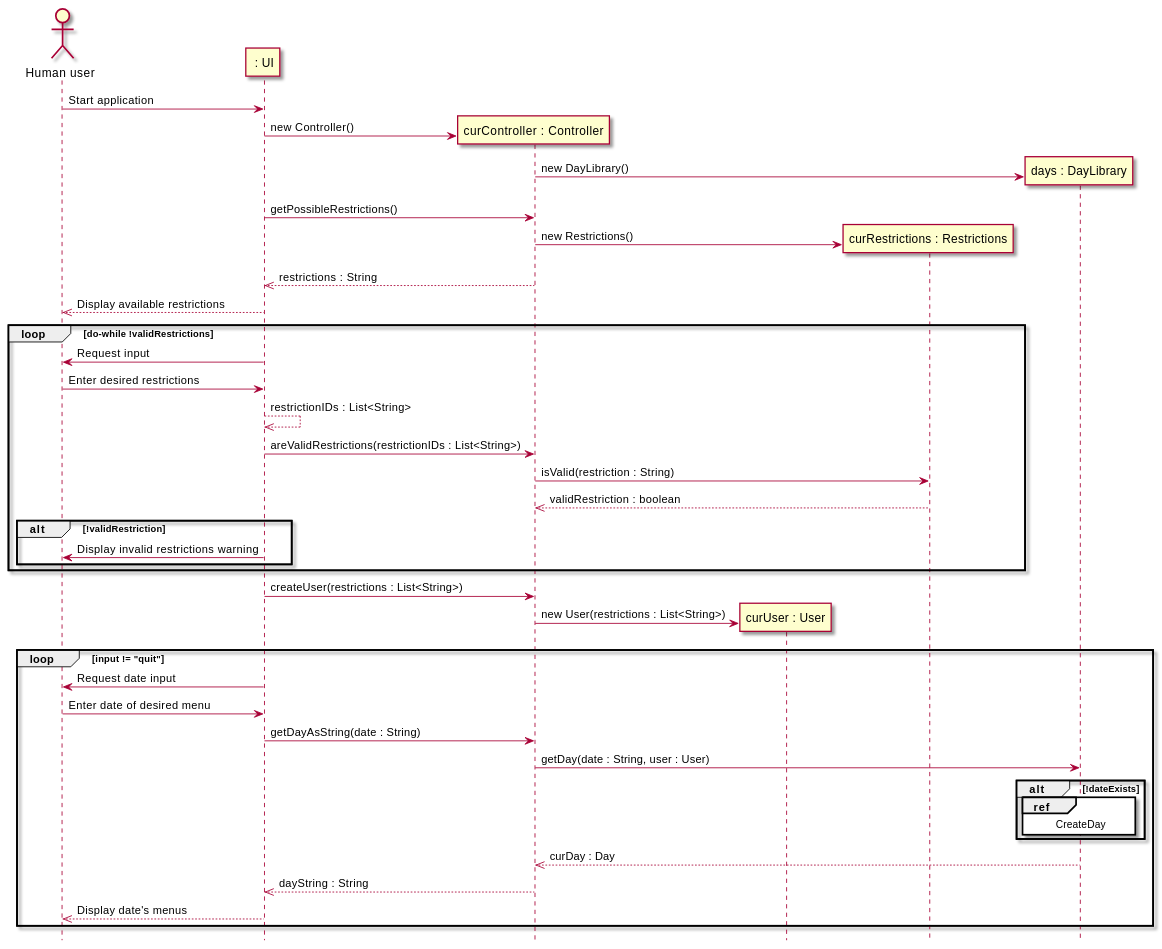
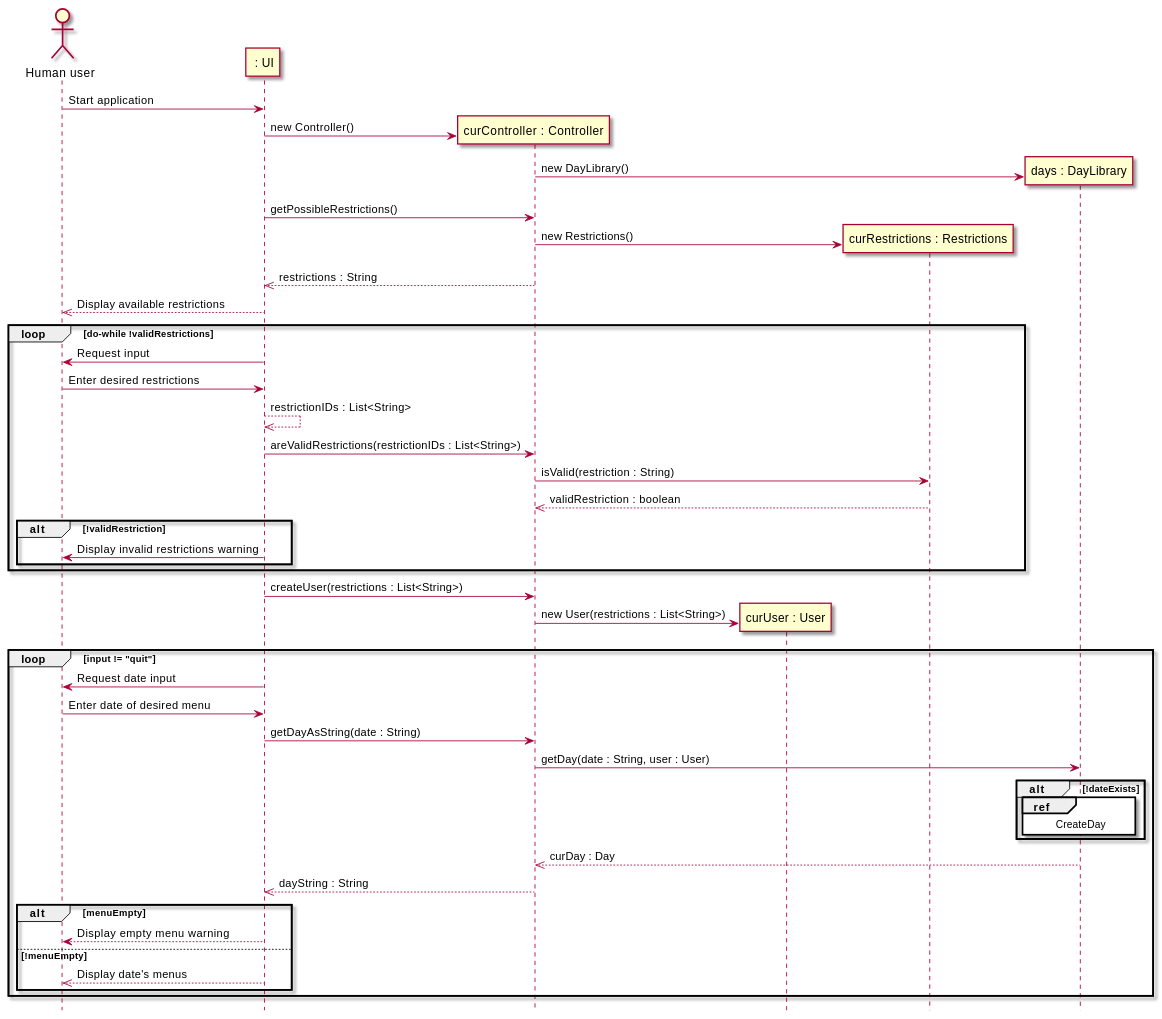
The second of 3 diagrams in intellij/doc/design.md (sashap100/Vassar-Dining-App), drawn with PlantUML before and after one commit. The commit also changed other lines of this file and 1 other file, not shown here.

````diff
--- a/intellij/doc/design.md
+++ b/intellij/doc/design.md
@@ -97,49 +111,53 @@
 ```plantuml
 
 @startuml
 skin rose
 
 hide footbox
 actor "Human user" as human
 participant " : UI" as ui
 participant "curController : Controller" as controller
 participant "curUser : User" as user
 participant "curRestrictions : Restrictions" as restriction
 participant "days : DayLibrary" as days
 
 human -> ui : Start application
 ui -> controller **: new Controller()
 controller -> days **: new DayLibrary()
 ui -> controller : getPossibleRestrictions()
 controller -> restriction **: new Restrictions()
 controller -->> ui : restrictions : String
 ui -->> human : Display available restrictions
 loop do-while !validRestrictions
     ui -> human : Request input
     human -> ui : Enter desired restrictions
     ui -->> ui : restrictionIDs : List<String>
     ui -> controller : areValidRestrictions(restrictionIDs : List<String>)
     controller -> restriction : isValid(restriction : String)
     restriction -->> controller : validRestriction : boolean
     alt !validRestriction
         ui -> human : Display invalid restrictions warning
     end
 end
 ui -> controller : createUser(restrictions : List<String>)
 controller -> user **: new User(restrictions : List<String>)
 loop input != "quit"
     ui -> human : Request date input
     human -> ui : Enter date of desired menu
     ui -> controller : getDayAsString(date : String)
     controller -> days : getDay(date : String, user : User)
     alt !dateExists
         ref over days
         CreateDay
         end ref
     end
     days -->> controller : curDay : Day
     controller -->> ui : dayString : String
-    ui -->> human : Display date's menus
+    alt menuEmpty
+        ui --> human: Display empty menu warning
+    else !menuEmpty
+        ui -->> human : Display date's menus
+    end
 end
 @enduml
 ```
````
